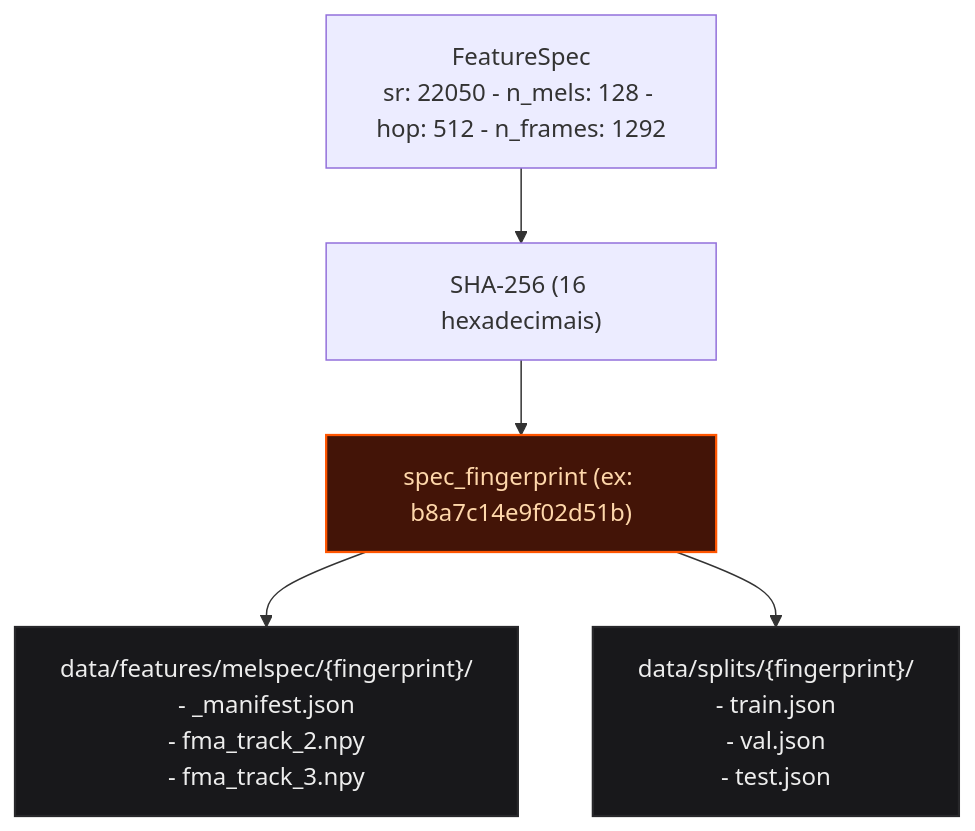
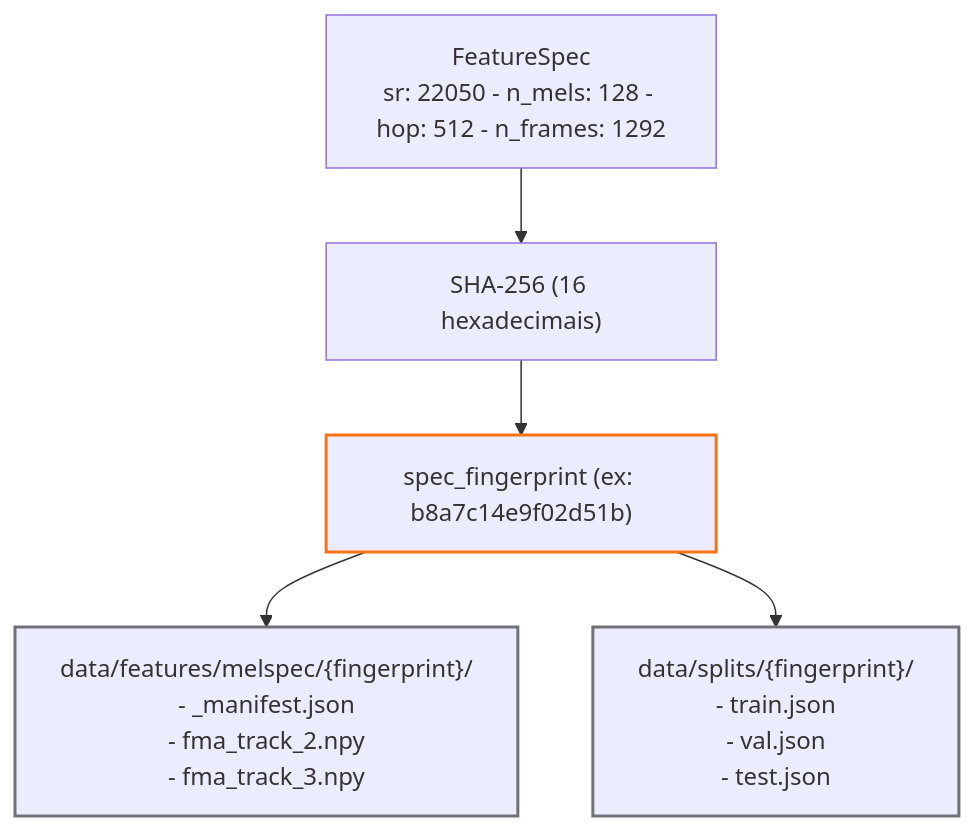
The first of 2 diagrams in docs/arquitetura/contratos.md (Oseiasdfarias/youfy), drawn with Mermaid before and after one commit. The commit also changed other lines of this file and 7 other files, not shown here.

Commit message:
style(docs): compatibilidade completa dos diagramas mermaid com tema claro e escuro

````diff
--- a/docs/arquitetura/contratos.md
+++ b/docs/arquitetura/contratos.md
@@ -11,14 +11,14 @@
 ```mermaid
 flowchart TD
     FS["FeatureSpec<br/>sr: 22050 - n_mels: 128 - hop: 512 - n_frames: 1292"] --> Hash["SHA-256 (16 hexadecimais)"]
     Hash --> FP["spec_fingerprint (ex: b8a7c14e9f02d51b)"]
     
     FP --> DirF["data/features/melspec/{fingerprint}/<br/>- _manifest.json<br/>- fma_track_2.npy<br/>- fma_track_3.npy"]
     
     FP --> DirS["data/splits/{fingerprint}/<br/>- train.json<br/>- val.json<br/>- test.json"]
 
-    classDef fpStyle fill:#431407,stroke:#ff5500,stroke-width:1.5px,color:#fed7aa;
-    classDef dirStyle fill:#18181b,stroke:#27272a,stroke-width:1.5px,color:#ededed;
+    classDef fpStyle stroke:#f97316,stroke-width:2px;
+    classDef dirStyle stroke:#71717a,stroke-width:2px;
     class FP fpStyle;
     class DirF,DirS dirStyle;
 ```
````
